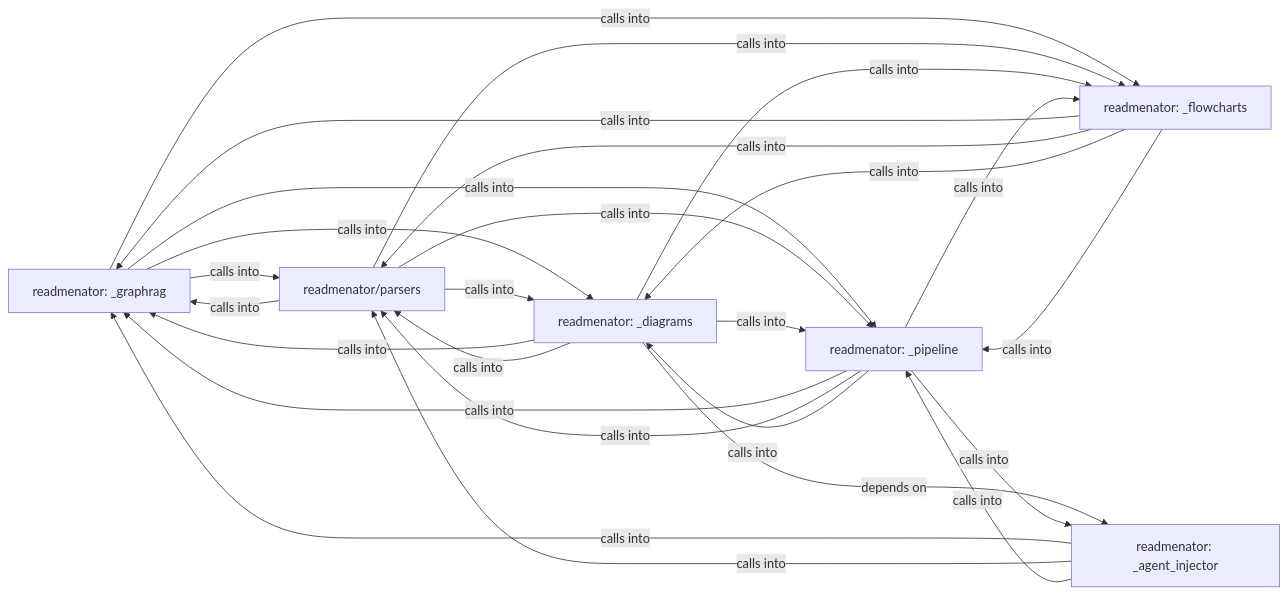
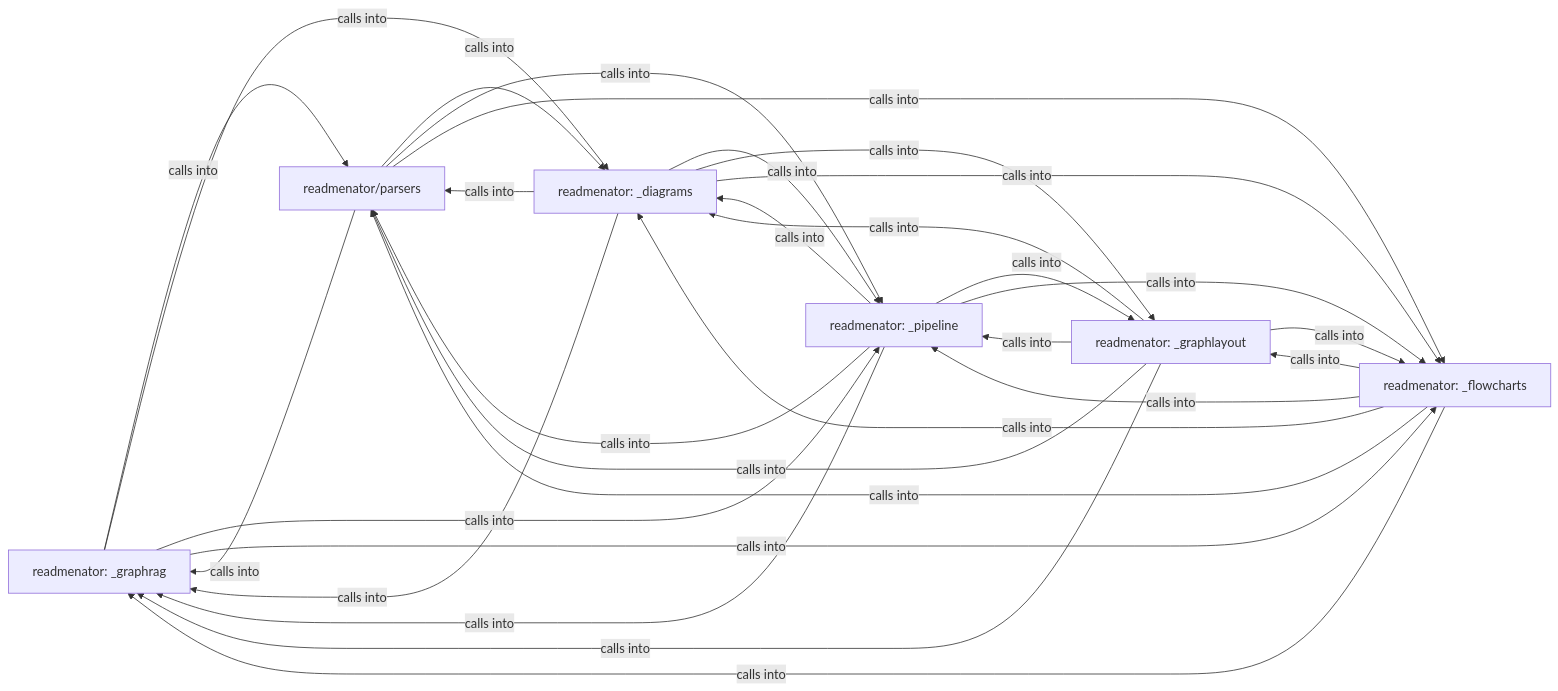
Before and after one commit to grisuno/ReadMenator: the diagram in readmenator-diagrams/overview.md, drawn with Mermaid. The commit also changed other lines of this file and 304 other files, not shown here.

````diff
--- a/readmenator-diagrams/overview.md
+++ b/readmenator-diagrams/overview.md
@@ -1,39 +1,43 @@
 ```mermaid
 graph LR
     readmenator__graphrag["readmenator: _graphrag"]
     readmenator_parsers["readmenator/parsers"]
     readmenator__diagrams["readmenator: _diagrams"]
     readmenator__pipeline["readmenator: _pipeline"]
+    readmenator__graphlayout["readmenator: _graphlayout"]
     readmenator__flowcharts["readmenator: _flowcharts"]
-    readmenator__agent_injector["readmenator: _agent_injector"]
     readmenator__graphrag -- "calls into" --> readmenator_parsers
     readmenator__graphrag -- "calls into" --> readmenator__diagrams
     readmenator__graphrag -- "calls into" --> readmenator__pipeline
     readmenator__graphrag -- "calls into" --> readmenator__flowcharts
     readmenator_parsers -- "calls into" --> readmenator__graphrag
     readmenator_parsers -- "calls into" --> readmenator__diagrams
     readmenator_parsers -- "calls into" --> readmenator__pipeline
     readmenator_parsers -- "calls into" --> readmenator__flowcharts
     readmenator__diagrams -- "calls into" --> readmenator__graphrag
     readmenator__diagrams -- "calls into" --> readmenator_parsers
     readmenator__diagrams -- "calls into" --> readmenator__pipeline
+    readmenator__diagrams -- "calls into" --> readmenator__graphlayout
     readmenator__diagrams -- "calls into" --> readmenator__flowcharts
-    readmenator__diagrams -- "depends on" --> readmenator__agent_injector
     readmenator__pipeline -- "calls into" --> readmenator__graphrag
     readmenator__pipeline -- "calls into" --> readmenator_parsers
     readmenator__pipeline -- "calls into" --> readmenator__diagrams
+    readmenator__pipeline -- "calls into" --> readmenator__graphlayout
     readmenator__pipeline -- "calls into" --> readmenator__flowcharts
-    readmenator__pipeline -- "calls into" --> readmenator__agent_injector
+    readmenator__graphlayout -- "calls into" --> readmenator__graphrag
+    readmenator__graphlayout -- "calls into" --> readmenator_parsers
+    readmenator__graphlayout -- "calls into" --> readmenator__diagrams
+    readmenator__graphlayout -- "calls into" --> readmenator__pipeline
+    readmenator__graphlayout -- "calls into" --> readmenator__flowcharts
     readmenator__flowcharts -- "calls into" --> readmenator__graphrag
     readmenator__flowcharts -- "calls into" --> readmenator_parsers
     readmenator__flowcharts -- "calls into" --> readmenator__diagrams
     readmenator__flowcharts -- "calls into" --> readmenator__pipeline
-    readmenator__agent_injector -- "calls into" --> readmenator__graphrag
-    readmenator__agent_injector -- "calls into" --> readmenator_parsers
-    readmenator__agent_injector -- "calls into" --> readmenator__pipeline
+    readmenator__flowcharts -- "calls into" --> readmenator__graphlayout
     click readmenator__graphrag href "./readmenator__graphrag.md" "Details"
     click readmenator_parsers href "./readmenator_parsers.md" "Details"
     click readmenator__diagrams href "./readmenator__diagrams.md" "Details"
     click readmenator__pipeline href "./readmenator__pipeline.md" "Details"
+    click readmenator__graphlayout href "./readmenator__graphlayout.md" "Details"
     click readmenator__flowcharts href "./readmenator__flowcharts.md" "Details"
 ```
````
